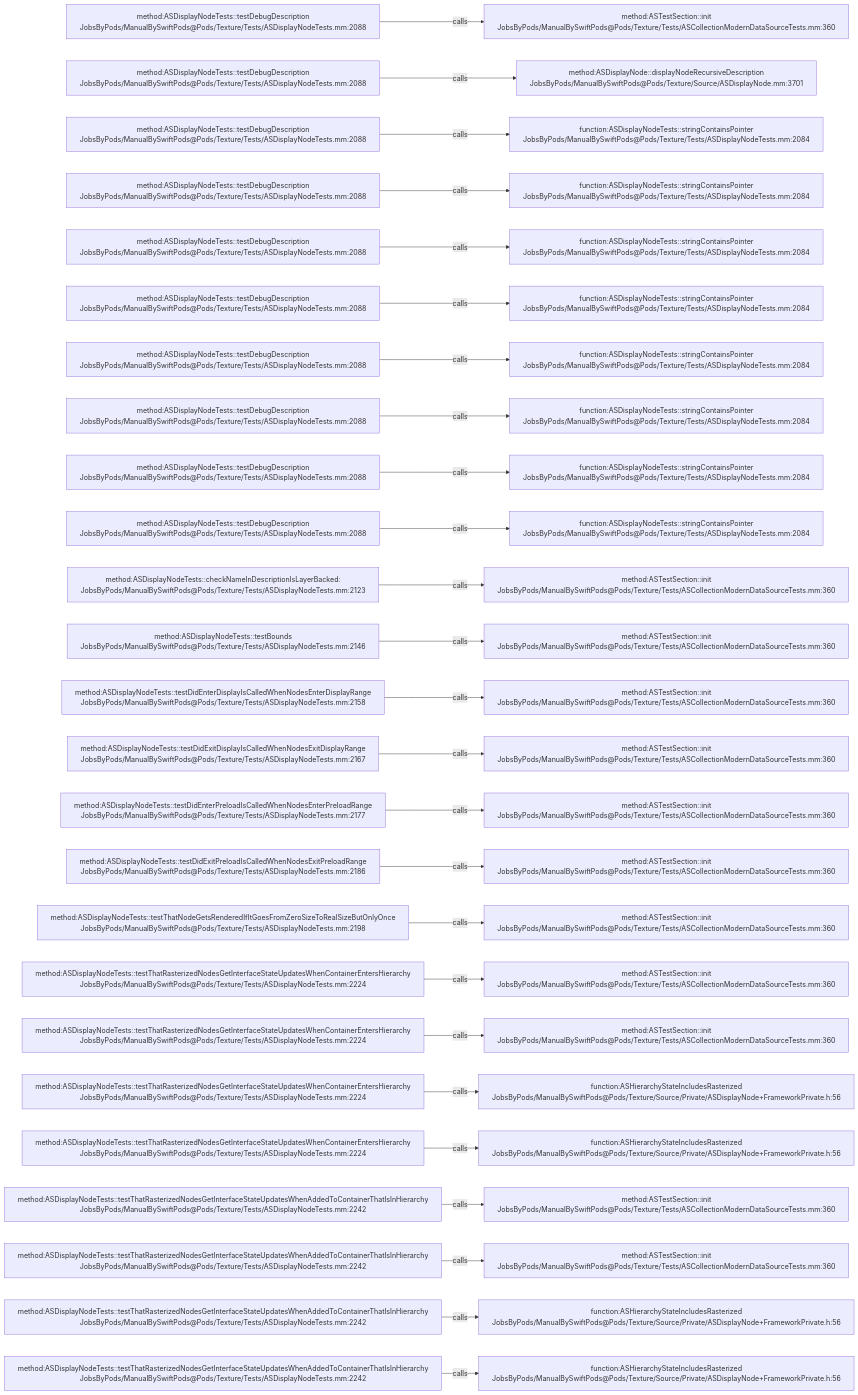
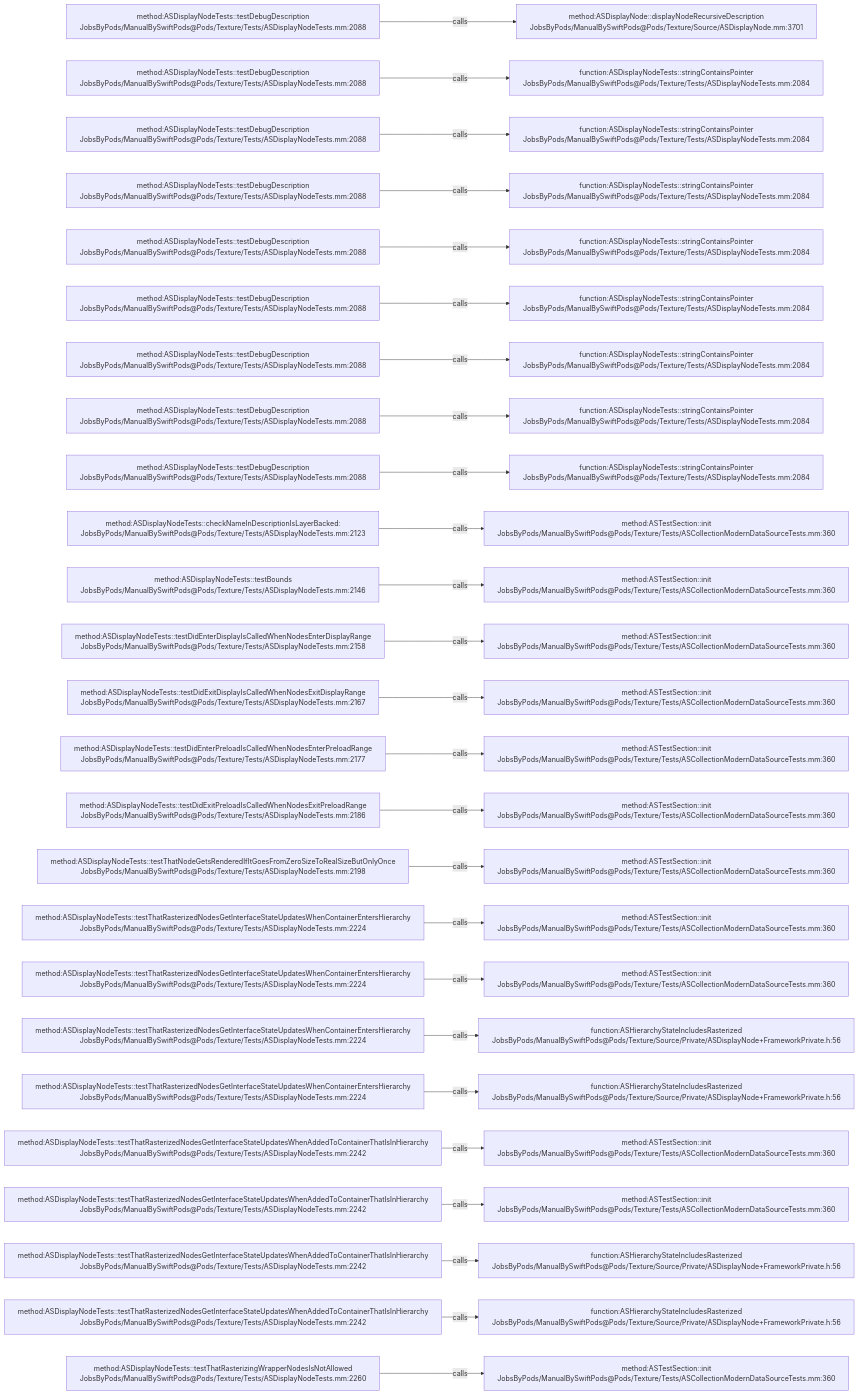
The diagram in .codegraph/codegraph.md/graphs/calls-194.md (JobsKits/JobsSwiftBaseConfigDemo), drawn with Mermaid before and after one commit. The commit also changed 747 other files, not shown here.

````diff
--- a/.codegraph/codegraph.md/graphs/calls-194.md
+++ b/.codegraph/codegraph.md/graphs/calls-194.md
@@ -13,78 +13,78 @@
 ```mermaid
 flowchart LR
   S1["method:ASDisplayNodeTests::testDebugDescription<br/>JobsByPods/ManualBySwiftPods@Pods/Texture/Tests/ASDisplayNodeTests.mm:2088"]
-  T1["method:ASTestSection::init<br/>JobsByPods/ManualBySwiftPods@Pods/Texture/Tests/ASCollectionModernDataSourceTests.mm:360"]
+  T1["method:ASDisplayNode::displayNodeRecursiveDescription<br/>JobsByPods/ManualBySwiftPods@Pods/Texture/Source/ASDisplayNode.mm:3701"]
   S1 -->|calls| T1
   S2["method:ASDisplayNodeTests::testDebugDescription<br/>JobsByPods/ManualBySwiftPods@Pods/Texture/Tests/ASDisplayNodeTests.mm:2088"]
-  T2["method:ASDisplayNode::displayNodeRecursiveDescription<br/>JobsByPods/ManualBySwiftPods@Pods/Texture/Source/ASDisplayNode.mm:3701"]
+  T2["function:ASDisplayNodeTests::stringContainsPointer<br/>JobsByPods/ManualBySwiftPods@Pods/Texture/Tests/ASDisplayNodeTests.mm:2084"]
   S2 -->|calls| T2
   S3["method:ASDisplayNodeTests::testDebugDescription<br/>JobsByPods/ManualBySwiftPods@Pods/Texture/Tests/ASDisplayNodeTests.mm:2088"]
   T3["function:ASDisplayNodeTests::stringContainsPointer<br/>JobsByPods/ManualBySwiftPods@Pods/Texture/Tests/ASDisplayNodeTests.mm:2084"]
   S3 -->|calls| T3
   S4["method:ASDisplayNodeTests::testDebugDescription<br/>JobsByPods/ManualBySwiftPods@Pods/Texture/Tests/ASDisplayNodeTests.mm:2088"]
   T4["function:ASDisplayNodeTests::stringContainsPointer<br/>JobsByPods/ManualBySwiftPods@Pods/Texture/Tests/ASDisplayNodeTests.mm:2084"]
   S4 -->|calls| T4
   S5["method:ASDisplayNodeTests::testDebugDescription<br/>JobsByPods/ManualBySwiftPods@Pods/Texture/Tests/ASDisplayNodeTests.mm:2088"]
   T5["function:ASDisplayNodeTests::stringContainsPointer<br/>JobsByPods/ManualBySwiftPods@Pods/Texture/Tests/ASDisplayNodeTests.mm:2084"]
   S5 -->|calls| T5
   S6["method:ASDisplayNodeTests::testDebugDescription<br/>JobsByPods/ManualBySwiftPods@Pods/Texture/Tests/ASDisplayNodeTests.mm:2088"]
   T6["function:ASDisplayNodeTests::stringContainsPointer<br/>JobsByPods/ManualBySwiftPods@Pods/Texture/Tests/ASDisplayNodeTests.mm:2084"]
   S6 -->|calls| T6
   S7["method:ASDisplayNodeTests::testDebugDescription<br/>JobsByPods/ManualBySwiftPods@Pods/Texture/Tests/ASDisplayNodeTests.mm:2088"]
   T7["function:ASDisplayNodeTests::stringContainsPointer<br/>JobsByPods/ManualBySwiftPods@Pods/Texture/Tests/ASDisplayNodeTests.mm:2084"]
   S7 -->|calls| T7
   S8["method:ASDisplayNodeTests::testDebugDescription<br/>JobsByPods/ManualBySwiftPods@Pods/Texture/Tests/ASDisplayNodeTests.mm:2088"]
   T8["function:ASDisplayNodeTests::stringContainsPointer<br/>JobsByPods/ManualBySwiftPods@Pods/Texture/Tests/ASDisplayNodeTests.mm:2084"]
   S8 -->|calls| T8
   S9["method:ASDisplayNodeTests::testDebugDescription<br/>JobsByPods/ManualBySwiftPods@Pods/Texture/Tests/ASDisplayNodeTests.mm:2088"]
   T9["function:ASDisplayNodeTests::stringContainsPointer<br/>JobsByPods/ManualBySwiftPods@Pods/Texture/Tests/ASDisplayNodeTests.mm:2084"]
   S9 -->|calls| T9
-  S10["method:ASDisplayNodeTests::testDebugDescription<br/>JobsByPods/ManualBySwiftPods@Pods/Texture/Tests/ASDisplayNodeTests.mm:2088"]
-  T10["function:ASDisplayNodeTests::stringContainsPointer<br/>JobsByPods/ManualBySwiftPods@Pods/Texture/Tests/ASDisplayNodeTests.mm:2084"]
+  S10["method:ASDisplayNodeTests::checkNameInDescriptionIsLayerBacked:<br/>JobsByPods/ManualBySwiftPods@Pods/Texture/Tests/ASDisplayNodeTests.mm:2123"]
+  T10["method:ASTestSection::init<br/>JobsByPods/ManualBySwiftPods@Pods/Texture/Tests/ASCollectionModernDataSourceTests.mm:360"]
   S10 -->|calls| T10
-  S11["method:ASDisplayNodeTests::checkNameInDescriptionIsLayerBacked:<br/>JobsByPods/ManualBySwiftPods@Pods/Texture/Tests/ASDisplayNodeTests.mm:2123"]
+  S11["method:ASDisplayNodeTests::testBounds<br/>JobsByPods/ManualBySwiftPods@Pods/Texture/Tests/ASDisplayNodeTests.mm:2146"]
   T11["method:ASTestSection::init<br/>JobsByPods/ManualBySwiftPods@Pods/Texture/Tests/ASCollectionModernDataSourceTests.mm:360"]
   S11 -->|calls| T11
-  S12["method:ASDisplayNodeTests::testBounds<br/>JobsByPods/ManualBySwiftPods@Pods/Texture/Tests/ASDisplayNodeTests.mm:2146"]
+  S12["method:ASDisplayNodeTests::testDidEnterDisplayIsCalledWhenNodesEnterDisplayRange<br/>JobsByPods/ManualBySwiftPods@Pods/Texture/Tests/ASDisplayNodeTests.mm:2158"]
   T12["method:ASTestSection::init<br/>JobsByPods/ManualBySwiftPods@Pods/Texture/Tests/ASCollectionModernDataSourceTests.mm:360"]
   S12 -->|calls| T12
-  S13["method:ASDisplayNodeTests::testDidEnterDisplayIsCalledWhenNodesEnterDisplayRange<br/>JobsByPods/ManualBySwiftPods@Pods/Texture/Tests/ASDisplayNodeTests.mm:2158"]
+  S13["method:ASDisplayNodeTests::testDidExitDisplayIsCalledWhenNodesExitDisplayRange<br/>JobsByPods/ManualBySwiftPods@Pods/Texture/Tests/ASDisplayNodeTests.mm:2167"]
   T13["method:ASTestSection::init<br/>JobsByPods/ManualBySwiftPods@Pods/Texture/Tests/ASCollectionModernDataSourceTests.mm:360"]
   S13 -->|calls| T13
-  S14["method:ASDisplayNodeTests::testDidExitDisplayIsCalledWhenNodesExitDisplayRange<br/>JobsByPods/ManualBySwiftPods@Pods/Texture/Tests/ASDisplayNodeTests.mm:2167"]
+  S14["method:ASDisplayNodeTests::testDidEnterPreloadIsCalledWhenNodesEnterPreloadRange<br/>JobsByPods/ManualBySwiftPods@Pods/Texture/Tests/ASDisplayNodeTests.mm:2177"]
   T14["method:ASTestSection::init<br/>JobsByPods/ManualBySwiftPods@Pods/Texture/Tests/ASCollectionModernDataSourceTests.mm:360"]
   S14 -->|calls| T14
-  S15["method:ASDisplayNodeTests::testDidEnterPreloadIsCalledWhenNodesEnterPreloadRange<br/>JobsByPods/ManualBySwiftPods@Pods/Texture/Tests/ASDisplayNodeTests.mm:2177"]
+  S15["method:ASDisplayNodeTests::testDidExitPreloadIsCalledWhenNodesExitPreloadRange<br/>JobsByPods/ManualBySwiftPods@Pods/Texture/Tests/ASDisplayNodeTests.mm:2186"]
   T15["method:ASTestSection::init<br/>JobsByPods/ManualBySwiftPods@Pods/Texture/Tests/ASCollectionModernDataSourceTests.mm:360"]
   S15 -->|calls| T15
-  S16["method:ASDisplayNodeTests::testDidExitPreloadIsCalledWhenNodesExitPreloadRange<br/>JobsByPods/ManualBySwiftPods@Pods/Texture/Tests/ASDisplayNodeTests.mm:2186"]
+  S16["method:ASDisplayNodeTests::testThatNodeGetsRenderedIfItGoesFromZeroSizeToRealSizeButOnlyOnce<br/>JobsByPods/ManualBySwiftPods@Pods/Texture/Tests/ASDisplayNodeTests.mm:2198"]
   T16["method:ASTestSection::init<br/>JobsByPods/ManualBySwiftPods@Pods/Texture/Tests/ASCollectionModernDataSourceTests.mm:360"]
   S16 -->|calls| T16
-  S17["method:ASDisplayNodeTests::testThatNodeGetsRenderedIfItGoesFromZeroSizeToRealSizeButOnlyOnce<br/>JobsByPods/ManualBySwiftPods@Pods/Texture/Tests/ASDisplayNodeTests.mm:2198"]
+  S17["method:ASDisplayNodeTests::testThatRasterizedNodesGetInterfaceStateUpdatesWhenContainerEntersHierarchy<br/>JobsByPods/ManualBySwiftPods@Pods/Texture/Tests/ASDisplayNodeTests.mm:2224"]
   T17["method:ASTestSection::init<br/>JobsByPods/ManualBySwiftPods@Pods/Texture/Tests/ASCollectionModernDataSourceTests.mm:360"]
   S17 -->|calls| T17
   S18["method:ASDisplayNodeTests::testThatRasterizedNodesGetInterfaceStateUpdatesWhenContainerEntersHierarchy<br/>JobsByPods/ManualBySwiftPods@Pods/Texture/Tests/ASDisplayNodeTests.mm:2224"]
   T18["method:ASTestSection::init<br/>JobsByPods/ManualBySwiftPods@Pods/Texture/Tests/ASCollectionModernDataSourceTests.mm:360"]
   S18 -->|calls| T18
   S19["method:ASDisplayNodeTests::testThatRasterizedNodesGetInterfaceStateUpdatesWhenContainerEntersHierarchy<br/>JobsByPods/ManualBySwiftPods@Pods/Texture/Tests/ASDisplayNodeTests.mm:2224"]
-  T19["method:ASTestSection::init<br/>JobsByPods/ManualBySwiftPods@Pods/Texture/Tests/ASCollectionModernDataSourceTests.mm:360"]
+  T19["function:ASHierarchyStateIncludesRasterized<br/>JobsByPods/ManualBySwiftPods@Pods/Texture/Source/Private/ASDisplayNode+FrameworkPrivate.h:56"]
   S19 -->|calls| T19
   S20["method:ASDisplayNodeTests::testThatRasterizedNodesGetInterfaceStateUpdatesWhenContainerEntersHierarchy<br/>JobsByPods/ManualBySwiftPods@Pods/Texture/Tests/ASDisplayNodeTests.mm:2224"]
   T20["function:ASHierarchyStateIncludesRasterized<br/>JobsByPods/ManualBySwiftPods@Pods/Texture/Source/Private/ASDisplayNode+FrameworkPrivate.h:56"]
   S20 -->|calls| T20
-  S21["method:ASDisplayNodeTests::testThatRasterizedNodesGetInterfaceStateUpdatesWhenContainerEntersHierarchy<br/>JobsByPods/ManualBySwiftPods@Pods/Texture/Tests/ASDisplayNodeTests.mm:2224"]
-  T21["function:ASHierarchyStateIncludesRasterized<br/>JobsByPods/ManualBySwiftPods@Pods/Texture/Source/Private/ASDisplayNode+FrameworkPrivate.h:56"]
+  S21["method:ASDisplayNodeTests::testThatRasterizedNodesGetInterfaceStateUpdatesWhenAddedToContainerThatIsInHierarchy<br/>JobsByPods/ManualBySwiftPods@Pods/Texture/Tests/ASDisplayNodeTests.mm:2242"]
+  T21["method:ASTestSection::init<br/>JobsByPods/ManualBySwiftPods@Pods/Texture/Tests/ASCollectionModernDataSourceTests.mm:360"]
   S21 -->|calls| T21
   S22["method:ASDisplayNodeTests::testThatRasterizedNodesGetInterfaceStateUpdatesWhenAddedToContainerThatIsInHierarchy<br/>JobsByPods/ManualBySwiftPods@Pods/Texture/Tests/ASDisplayNodeTests.mm:2242"]
   T22["method:ASTestSection::init<br/>JobsByPods/ManualBySwiftPods@Pods/Texture/Tests/ASCollectionModernDataSourceTests.mm:360"]
   S22 -->|calls| T22
   S23["method:ASDisplayNodeTests::testThatRasterizedNodesGetInterfaceStateUpdatesWhenAddedToContainerThatIsInHierarchy<br/>JobsByPods/ManualBySwiftPods@Pods/Texture/Tests/ASDisplayNodeTests.mm:2242"]
-  T23["method:ASTestSection::init<br/>JobsByPods/ManualBySwiftPods@Pods/Texture/Tests/ASCollectionModernDataSourceTests.mm:360"]
+  T23["function:ASHierarchyStateIncludesRasterized<br/>JobsByPods/ManualBySwiftPods@Pods/Texture/Source/Private/ASDisplayNode+FrameworkPrivate.h:56"]
   S23 -->|calls| T23
   S24["method:ASDisplayNodeTests::testThatRasterizedNodesGetInterfaceStateUpdatesWhenAddedToContainerThatIsInHierarchy<br/>JobsByPods/ManualBySwiftPods@Pods/Texture/Tests/ASDisplayNodeTests.mm:2242"]
   T24["function:ASHierarchyStateIncludesRasterized<br/>JobsByPods/ManualBySwiftPods@Pods/Texture/Source/Private/ASDisplayNode+FrameworkPrivate.h:56"]
   S24 -->|calls| T24
-  S25["method:ASDisplayNodeTests::testThatRasterizedNodesGetInterfaceStateUpdatesWhenAddedToContainerThatIsInHierarchy<br/>JobsByPods/ManualBySwiftPods@Pods/Texture/Tests/ASDisplayNodeTests.mm:2242"]
-  T25["function:ASHierarchyStateIncludesRasterized<br/>JobsByPods/ManualBySwiftPods@Pods/Texture/Source/Private/ASDisplayNode+FrameworkPrivate.h:56"]
+  S25["method:ASDisplayNodeTests::testThatRasterizingWrapperNodesIsNotAllowed<br/>JobsByPods/ManualBySwiftPods@Pods/Texture/Tests/ASDisplayNodeTests.mm:2260"]
+  T25["method:ASTestSection::init<br/>JobsByPods/ManualBySwiftPods@Pods/Texture/Tests/ASCollectionModernDataSourceTests.mm:360"]
   S25 -->|calls| T25
 ```
````
